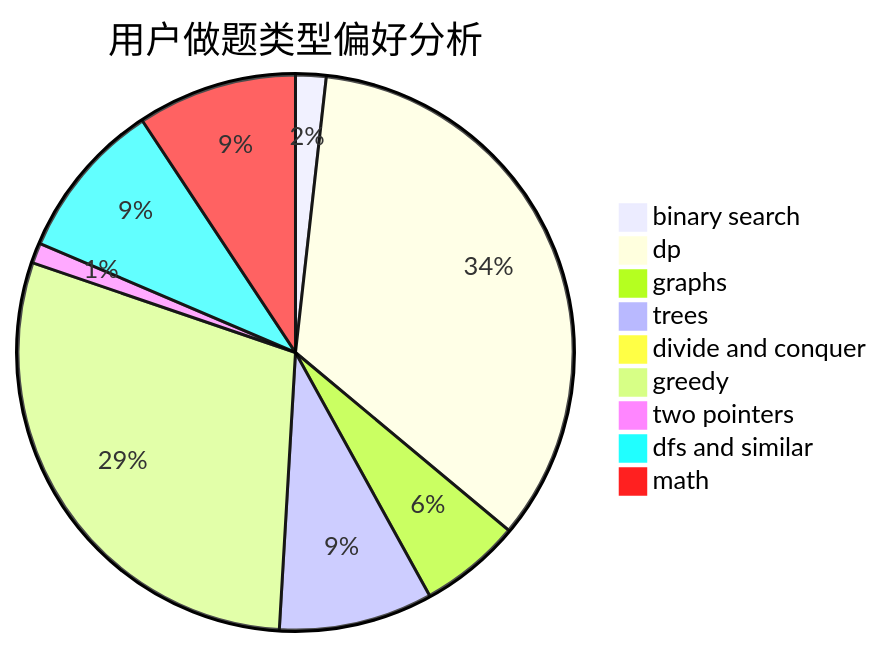
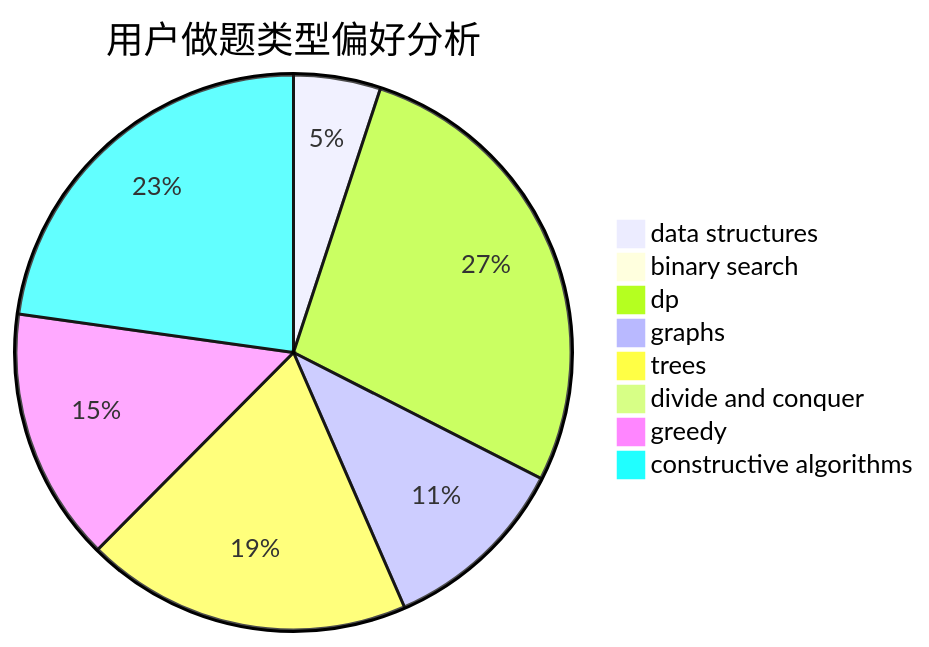
One commit to sherpahu/cfrs.github.io changed the second of 3 diagrams in docs/user/u1379.md. Above: the diagram before and after it, drawn with Mermaid. The commit also changed other lines of this file and 2775 other files, not shown here.

````diff
--- a/docs/user/u1379.md
+++ b/docs/user/u1379.md
@@ -23,12 +23,11 @@
 ```mermaid
 pie title 用户做题类型偏好分析
-    "binary search" :  21
-    "dp" :  406
-    "graphs" :  70
-    "trees" :  106
+    "data structures" :  24
+    "binary search" :  1
+    "dp" :  130
+    "graphs" :  52
+    "trees" :  90
     "divide and conquer" :  0
-    "greedy" :  347
-    "two pointers" :  14
-    "dfs and similar" :  110
-    "math" :  110
+    "greedy" :  70
+    "constructive algorithms" :  108
 ```
````
